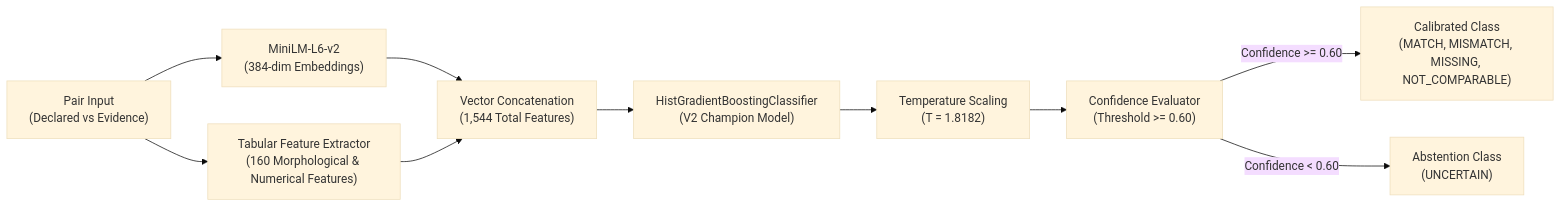
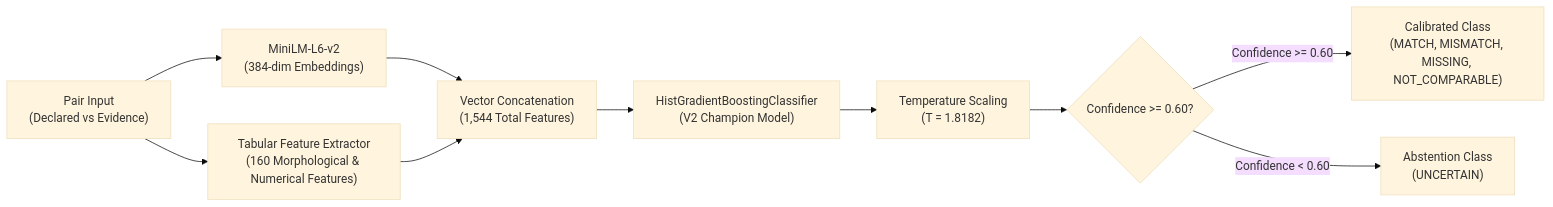
The diagram in docs/final-audit/ML_MODEL_AND_DATASET_FINAL_AUDIT.md (shinchxn/form2fact), drawn with Mermaid (base theme) before and after one commit. The commit also changed other lines of this file and 10 other files, not shown here.

````diff
--- a/docs/final-audit/ML_MODEL_AND_DATASET_FINAL_AUDIT.md
+++ b/docs/final-audit/ML_MODEL_AND_DATASET_FINAL_AUDIT.md
@@ -15,12 +15,12 @@
 ```mermaid
 flowchart LR
     A["Pair Input\n(Declared vs Evidence)"] --> B["MiniLM-L6-v2\n(384-dim Embeddings)"]
     A --> C["Tabular Feature Extractor\n(160 Morphological & Numerical Features)"]
     B --> D["Vector Concatenation\n(1,544 Total Features)"]
     C --> D
     D --> E["HistGradientBoostingClassifier\n(V2 Champion Model)"]
     E --> F["Temperature Scaling\n(T = 1.8182)"]
-    F --> G["Confidence Evaluator\n(Threshold >= 0.60)"]
+    F --> G{"Confidence >= 0.60?"}
     G -->|"Confidence >= 0.60"| H["Calibrated Class\n(MATCH, MISMATCH, MISSING, NOT_COMPARABLE)"]
     G -->|"Confidence < 0.60"| I["Abstention Class\n(UNCERTAIN)"]
 ```
````
